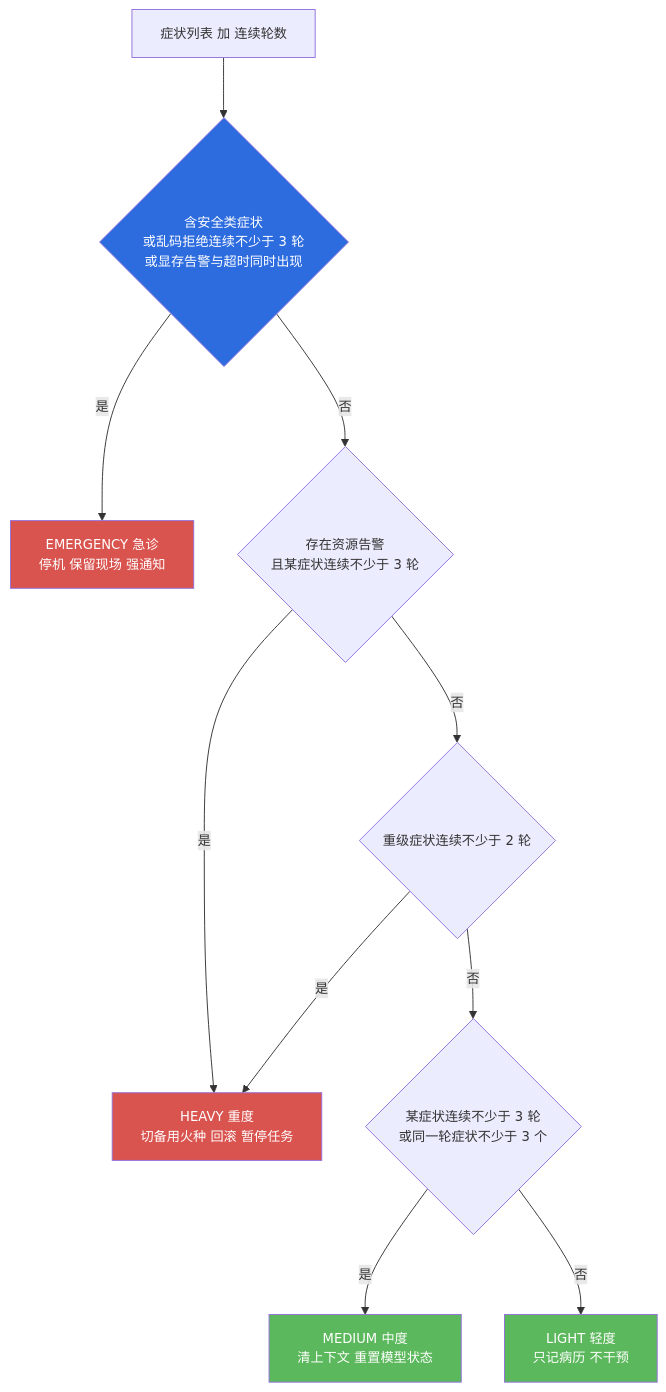
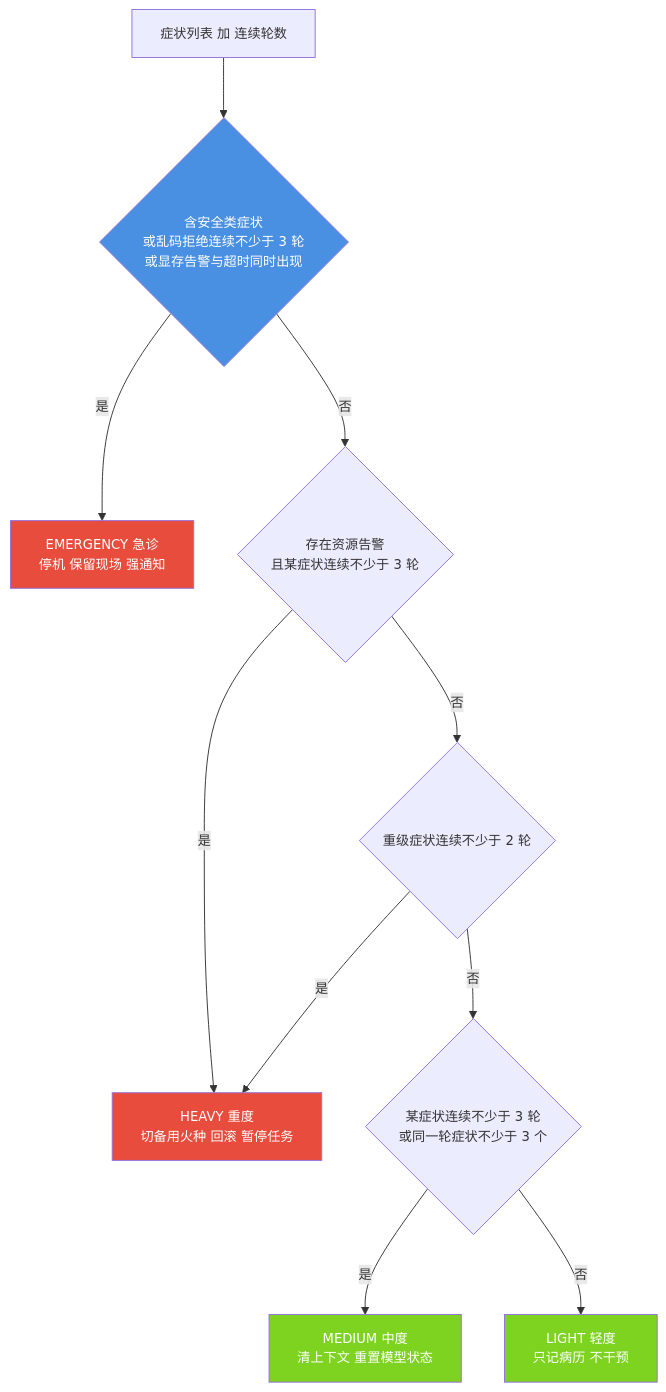
The fifth of 7 diagrams in docs/modules/04-health.md (jiangchuangege/xiaojiao-harnees), drawn with Mermaid before and after one commit. The commit also changed other lines of this file and 32 other files, not shown here.

Commit message:
统一：全仓原理图配色到一套调色板 + 给 12 张灰图补色 + 修正自己会睡那张过期图

````diff
--- a/docs/modules/04-health.md
+++ b/docs/modules/04-health.md
@@ -299,19 +299,19 @@
 ```mermaid
 %%{init: {"themeVariables": {"fontSize": "14px"}, "flowchart": {"htmlLabels": true, "wrappingWidth": 340, "nodeSpacing": 46, "rankSpacing": 64, "useMaxWidth": true}}}%%
 flowchart TB
     IN["症状列表 加 连续轮数"] --> R1{"含安全类症状<br/>或乱码拒绝连续不少于 3 轮<br/>或显存告警与超时同时出现"}
     R1 -->|是| E["EMERGENCY 急诊<br/>停机 保留现场 强通知"]
     R1 -->|否| R2{"存在资源告警<br/>且某症状连续不少于 3 轮"}
     R2 -->|是| H["HEAVY 重度<br/>切备用火种 回滚 暂停任务"]
     R2 -->|否| R3{"重级症状连续不少于 2 轮"}
     R3 -->|是| H
     R3 -->|否| R4{"某症状连续不少于 3 轮<br/>或同一轮症状不少于 3 个"}
     R4 -->|是| M["MEDIUM 中度<br/>清上下文 重置模型状态"]
     R4 -->|否| L["LIGHT 轻度<br/>只记病历 不干预"]
 
-    style R1 fill:#2d6cdf,color:#fff
-    style E fill:#d9534f,color:#fff
-    style H fill:#d9534f,color:#fff
-    style M fill:#5cb85c,color:#fff
-    style L fill:#5cb85c,color:#fff
+    style R1 fill:#4A90E2,color:#fff
+    style E fill:#E74C3C,color:#fff
+    style H fill:#E74C3C,color:#fff
+    style M fill:#7ED321,color:#fff
+    style L fill:#7ED321,color:#fff
 ```
````
